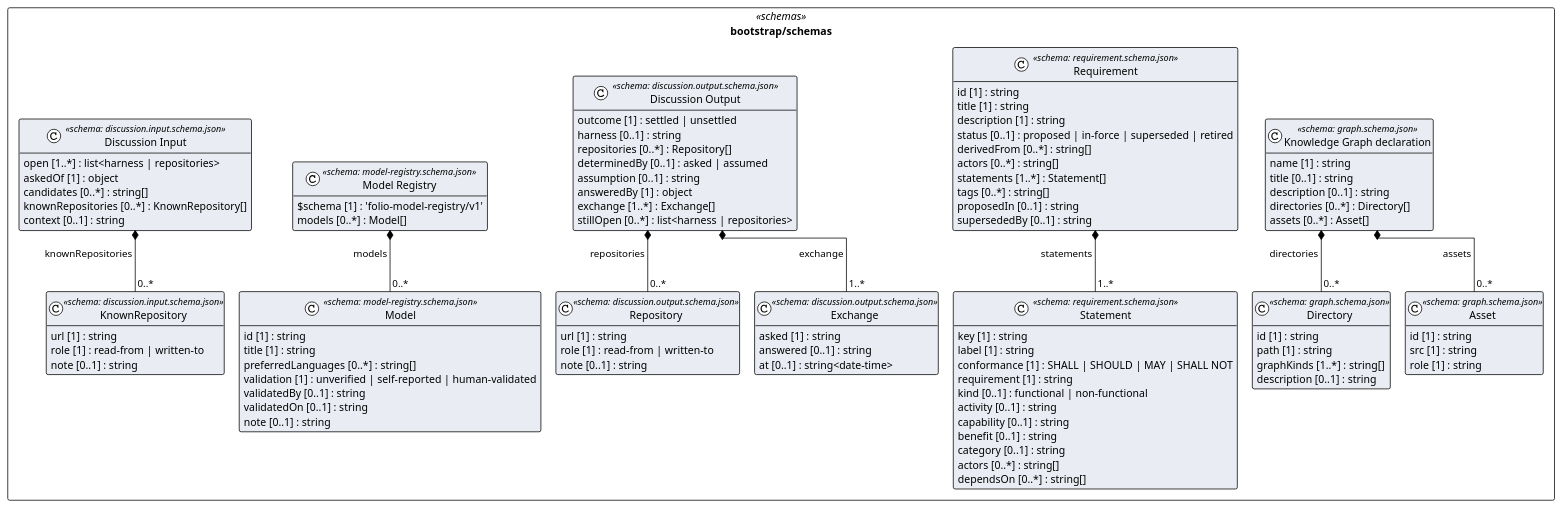
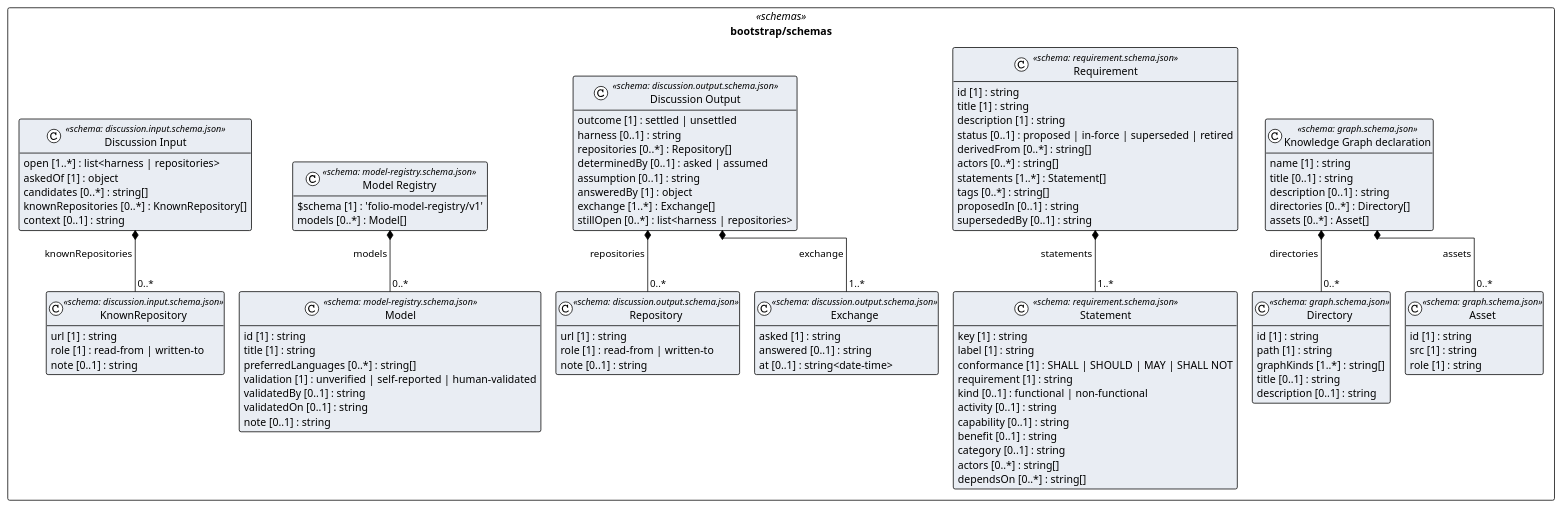
One commit to litlfred/folio-assistant changed the diagram in cat-harness/uml/overview/bootstrap/schemas.puml. Above: the diagram before and after it, drawn with PlantUML. The commit also changed 151 other files, not shown here.

```diff
--- a/cat-harness/uml/overview/bootstrap/schemas.puml
+++ b/cat-harness/uml/overview/bootstrap/schemas.puml
@@ -3,107 +3,108 @@
 @startuml bootstrap_schemas
 !pragma layout elk
 !theme plain
 skinparam classAttributeIconSize 0
 skinparam shadowing false
 skinparam packageStyle rectangle
 hide empty methods
 
 package "bootstrap/schemas" as pkg_bootstrap_schemas <<schemas>> {
   class "KnownRepository" as bootstrap_schemas_discussion_input_schema_json_KnownRepository <<schema: discussion.input.schema.json>> #e9edf3 {
     url [1] : string
     role [1] : read-from | written-to
     note [0..1] : string
   }
   class "Discussion Input" as bootstrap_schemas_discussion_input_schema_json_Discussion_Input <<schema: discussion.input.schema.json>> #e9edf3 {
     open [1..*] : list<harness | repositories>
     askedOf [1] : object
     candidates [0..*] : string[]
     knownRepositories [0..*] : KnownRepository[]
     context [0..1] : string
   }
   class "Repository" as bootstrap_schemas_discussion_output_schema_json_Repository <<schema: discussion.output.schema.json>> #e9edf3 {
     url [1] : string
     role [1] : read-from | written-to
     note [0..1] : string
   }
   class "Exchange" as bootstrap_schemas_discussion_output_schema_json_Exchange <<schema: discussion.output.schema.json>> #e9edf3 {
     asked [1] : string
     answered [0..1] : string
     at [0..1] : string<date-time>
   }
   class "Discussion Output" as bootstrap_schemas_discussion_output_schema_json_Discussion_Output <<schema: discussion.output.schema.json>> #e9edf3 {
     outcome [1] : settled | unsettled
     harness [0..1] : string
     repositories [0..*] : Repository[]
     determinedBy [0..1] : asked | assumed
     assumption [0..1] : string
     answeredBy [1] : object
     exchange [1..*] : Exchange[]
     stillOpen [0..*] : list<harness | repositories>
   }
   class "Directory" as bootstrap_schemas_graph_schema_json_Directory <<schema: graph.schema.json>> #e9edf3 {
     id [1] : string
     path [1] : string
     graphKinds [1..*] : string[]
+    title [0..1] : string
     description [0..1] : string
   }
   class "Asset" as bootstrap_schemas_graph_schema_json_Asset <<schema: graph.schema.json>> #e9edf3 {
     id [1] : string
     src [1] : string
     role [1] : string
   }
   class "Knowledge Graph declaration" as bootstrap_schemas_graph_schema_json_Knowledge_Graph_declaration <<schema: graph.schema.json>> #e9edf3 {
     name [1] : string
     title [0..1] : string
     description [0..1] : string
     directories [0..*] : Directory[]
     assets [0..*] : Asset[]
   }
   class "Model" as bootstrap_schemas_model_registry_schema_json_Model <<schema: model-registry.schema.json>> #e9edf3 {
     id [1] : string
     title [1] : string
     preferredLanguages [0..*] : string[]
     validation [1] : unverified | self-reported | human-validated
     validatedBy [0..1] : string
     validatedOn [0..1] : string
     note [0..1] : string
   }
   class "Model Registry" as bootstrap_schemas_model_registry_schema_json_Model_Registry <<schema: model-registry.schema.json>> #e9edf3 {
     $schema [1] : 'folio-model-registry/v1'
     models [0..*] : Model[]
   }
   class "Statement" as bootstrap_schemas_requirement_schema_json_Statement <<schema: requirement.schema.json>> #e9edf3 {
     key [1] : string
     label [1] : string
     conformance [1] : SHALL | SHOULD | MAY | SHALL NOT
     requirement [1] : string
     kind [0..1] : functional | non-functional
     activity [0..1] : string
     capability [0..1] : string
     benefit [0..1] : string
     category [0..1] : string
     actors [0..*] : string[]
     dependsOn [0..*] : string[]
   }
   class "Requirement" as bootstrap_schemas_requirement_schema_json_Requirement <<schema: requirement.schema.json>> #e9edf3 {
     id [1] : string
     title [1] : string
     description [1] : string
     status [0..1] : proposed | in-force | superseded | retired
     derivedFrom [0..*] : string[]
     actors [0..*] : string[]
     statements [1..*] : Statement[]
     tags [0..*] : string[]
     proposedIn [0..1] : string
     supersededBy [0..1] : string
   }
 }
 
 bootstrap_schemas_discussion_input_schema_json_Discussion_Input *-- "0..*" bootstrap_schemas_discussion_input_schema_json_KnownRepository : knownRepositories
 bootstrap_schemas_discussion_output_schema_json_Discussion_Output *-- "0..*" bootstrap_schemas_discussion_output_schema_json_Repository : repositories
 bootstrap_schemas_discussion_output_schema_json_Discussion_Output *-- "1..*" bootstrap_schemas_discussion_output_schema_json_Exchange : exchange
 bootstrap_schemas_graph_schema_json_Knowledge_Graph_declaration *-- "0..*" bootstrap_schemas_graph_schema_json_Directory : directories
 bootstrap_schemas_graph_schema_json_Knowledge_Graph_declaration *-- "0..*" bootstrap_schemas_graph_schema_json_Asset : assets
 bootstrap_schemas_model_registry_schema_json_Model_Registry *-- "0..*" bootstrap_schemas_model_registry_schema_json_Model : models
 bootstrap_schemas_requirement_schema_json_Requirement *-- "1..*" bootstrap_schemas_requirement_schema_json_Statement : statements
 @enduml
```
